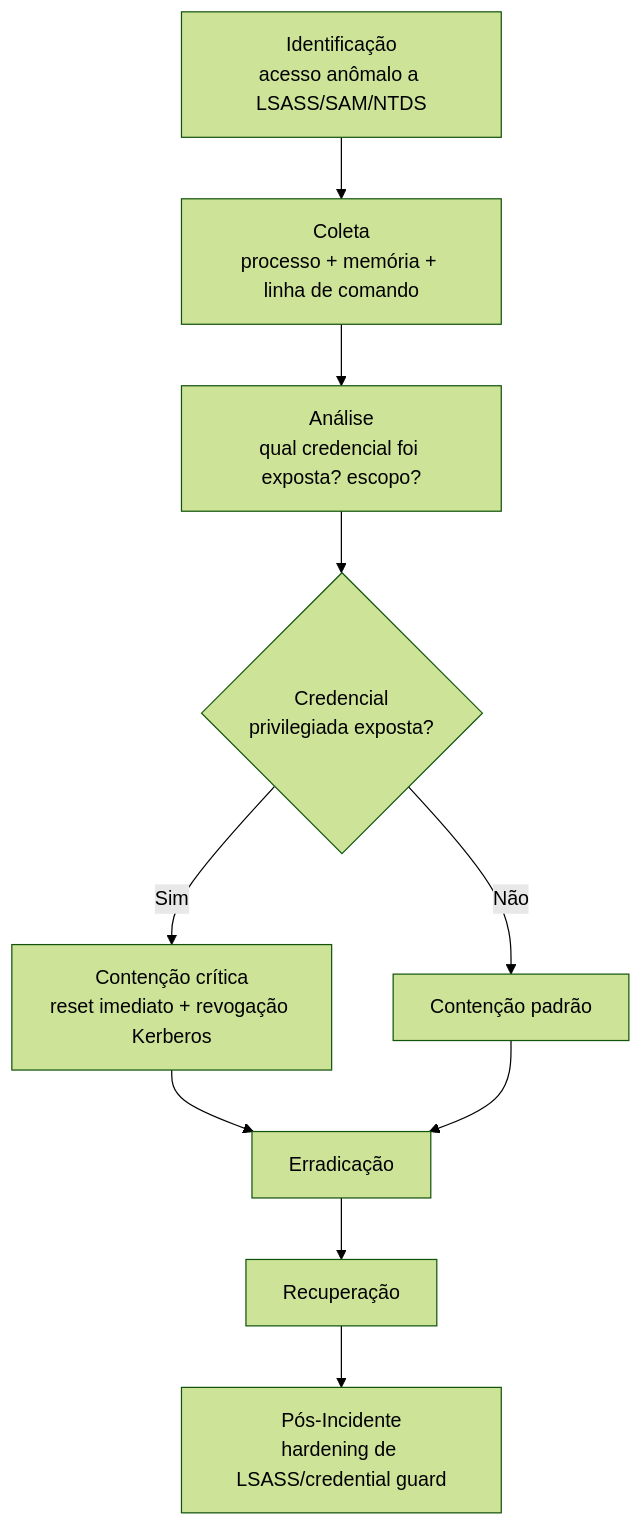
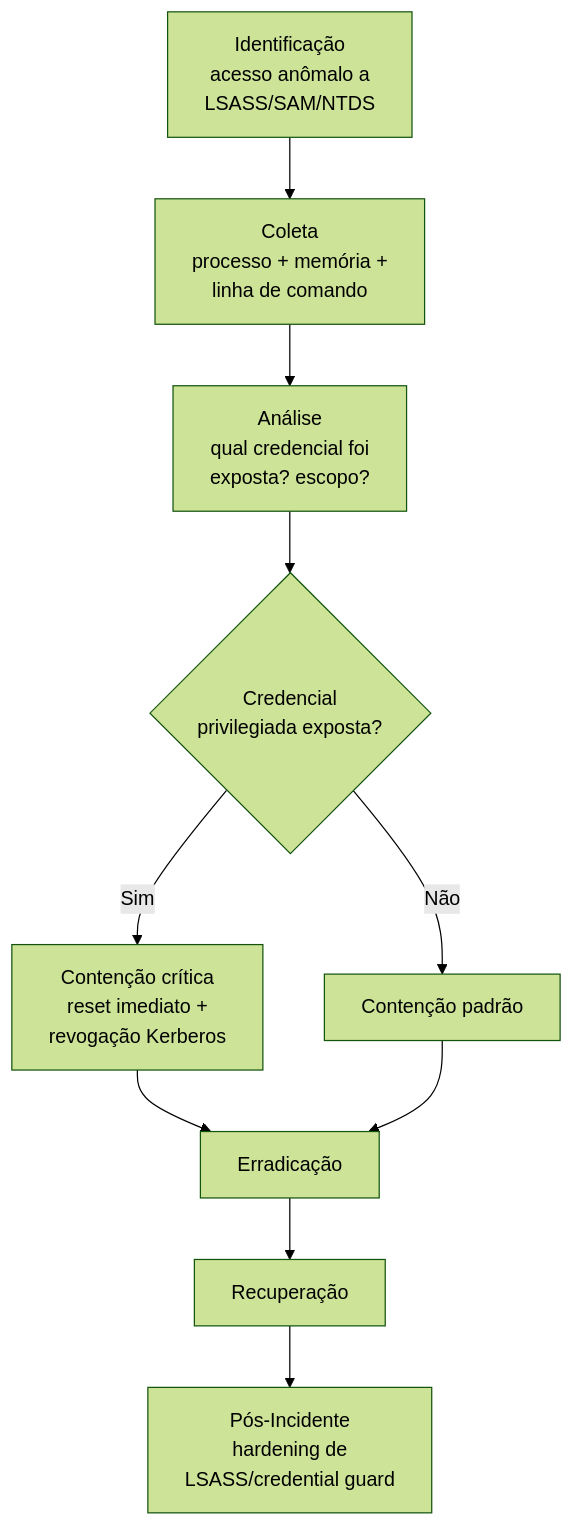
One commit to LuucasVerdun/Cyber-Attack-Analysis-Framework changed the diagram in Attack-Categories/Credential-Access/README.md. Above: the diagram before and after it, drawn with Mermaid (forest theme). The commit also changed 28 other files, not shown here.

````diff
--- a/Attack-Categories/Credential-Access/README.md
+++ b/Attack-Categories/Credential-Access/README.md
@@ -46,12 +46,12 @@
 ```mermaid
 flowchart TD
-    A[Identificação<br/>acesso anômalo a LSASS/SAM/NTDS] --> B[Coleta<br/>processo + memória + linha de comando]
-    B --> C[Análise<br/>qual credencial foi exposta? escopo?]
+    A[Identificação<br/>acesso anômalo a<br/>LSASS/SAM/NTDS] --> B[Coleta<br/>processo + memória +<br/>linha de comando]
+    B --> C[Análise<br/>qual credencial foi<br/>exposta? escopo?]
     C --> D{Credencial<br/>privilegiada exposta?}
-    D -->|Sim| E[Contenção crítica<br/>reset imediato + revogação Kerberos]
+    D -->|Sim| E[Contenção crítica<br/>reset imediato +<br/>revogação Kerberos]
     D -->|Não| F[Contenção padrão]
     E --> G[Erradicação]
     F --> G
     G --> H[Recuperação]
-    H --> I[Pós-Incidente<br/>hardening de LSASS/credential guard]
+    H --> I[Pós-Incidente<br/>hardening de<br/>LSASS/credential guard]
 ```
````
